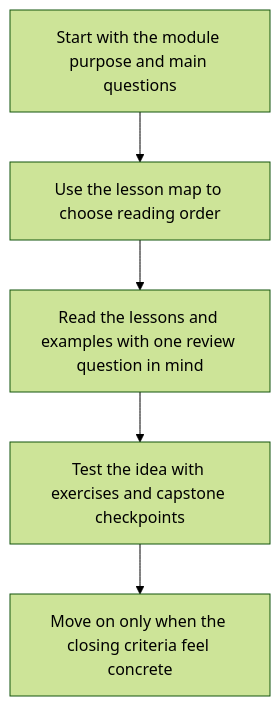
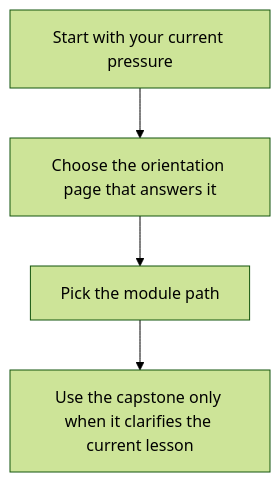
The second of 2 diagrams in programs/reproducible-research/deep-dive-snakemake/course-book/module-00-orientation/index.md (bijux/bijux-masterclass), drawn with Mermaid (forest theme) before and after one commit. The commit also changed other lines of this file, not shown here.

Commit message:
docs(module-00): rewrite deep-dive-snakemake orientation index

````diff
--- a/programs/reproducible-research/deep-dive-snakemake/course-book/module-00-orientation/index.md
+++ b/programs/reproducible-research/deep-dive-snakemake/course-book/module-00-orientation/index.md
@@ -18,7 +17,6 @@
 ```mermaid
 flowchart TD
-  purpose["Start with the module purpose and main questions"] --> lesson_map["Use the lesson map to choose reading order"]
-  lesson_map --> study["Read the lessons and examples with one review question in mind"]
-  study --> proof["Test the idea with exercises and capstone checkpoints"]
-  proof --> close["Move on only when the closing criteria feel concrete"]
+  first_question["Start with your current pressure"] --> route["Choose the orientation page that answers it"]
+  route --> module_path["Pick the module path"]
+  module_path --> proof["Use the capstone only when it clarifies the current lesson"]
 ```
````
